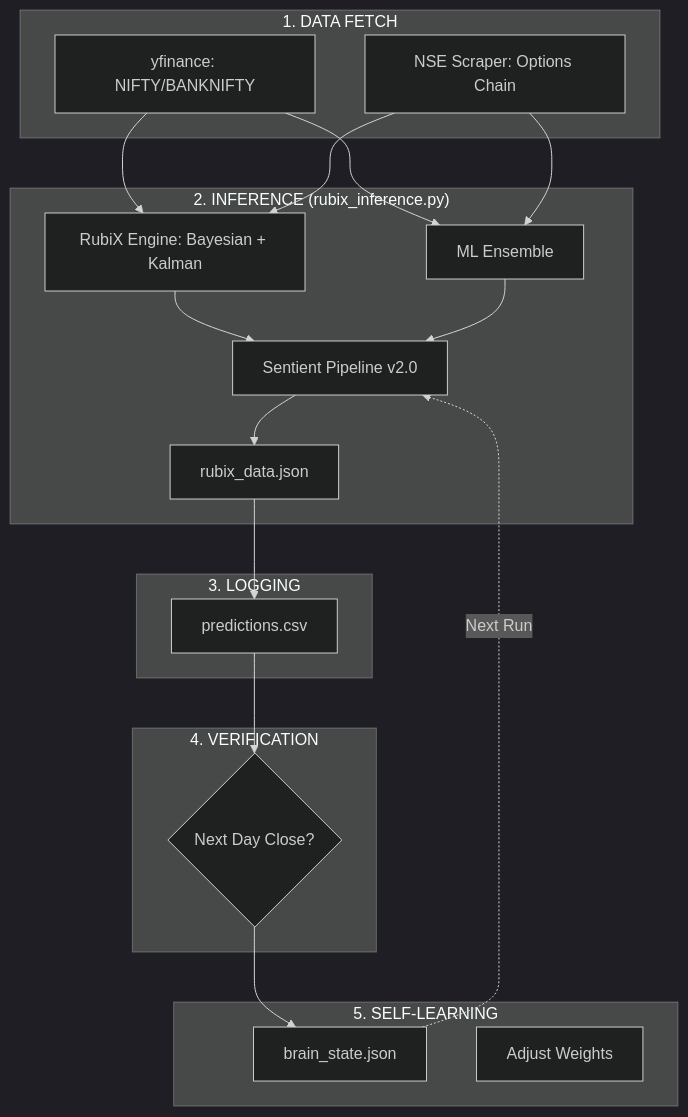
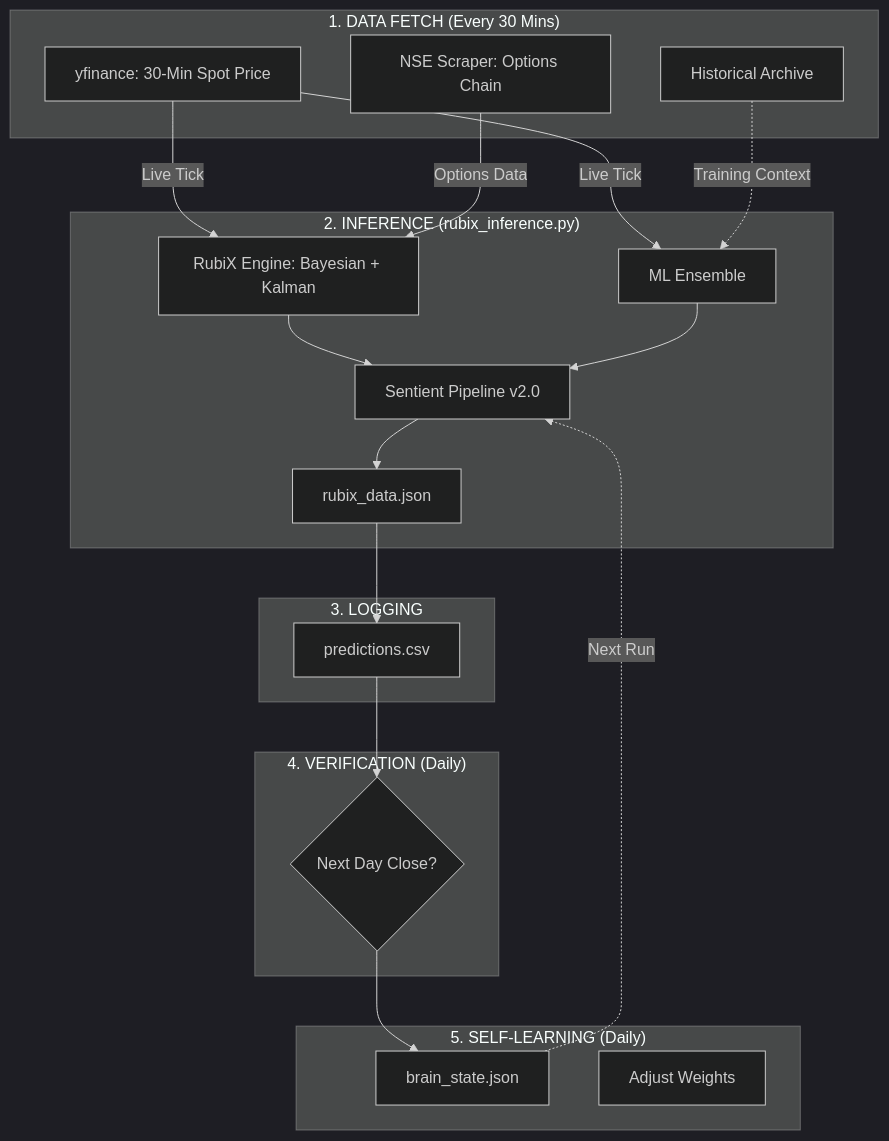
The second of 3 diagrams in README.md (pravindev666/Tradyx-Aleph), drawn with Mermaid (dark theme) before and after one commit. The commit also changed other lines of this file, not shown here.

````diff
--- a/README.md
+++ b/README.md
@@ -57,33 +59,36 @@
 ```mermaid
 graph TD
-    subgraph "1. DATA FETCH"
-        YF_Z[yfinance: NIFTY/BANKNIFTY]
+    subgraph "1. DATA FETCH (Every 30 Mins)"
+        YF_Z[yfinance: 30-Min Spot Price]
         NSE_Z[NSE Scraper: Options Chain]
+        HIST_Z[Historical Archive]
     end
 
     subgraph "2. INFERENCE (rubix_inference.py)"
         RUBIX_Z[RubiX Engine: Bayesian + Kalman]
         ML_Z[ML Ensemble]
         SENTIENT_Z[Sentient Pipeline v2.0]
         JSON_Z[rubix_data.json]
     end
 
     subgraph "3. LOGGING"
         CSV_Z[predictions.csv]
     end
 
-    subgraph "4. VERIFICATION"
+    subgraph "4. VERIFICATION (Daily)"
         VERIFY_Z{Next Day Close?}
     end
 
-    subgraph "5. SELF-LEARNING"
+    subgraph "5. SELF-LEARNING (Daily)"
         BRAIN_Z[brain_state.json]
         ADAPT_Z[Adjust Weights]
     end
 
-    YF_Z & NSE_Z --> RUBIX_Z & ML_Z
+    YF_Z -->|Live Tick| RUBIX_Z & ML_Z
+    NSE_Z -->|Options Data| RUBIX_Z
+    HIST_Z -.->|Training Context| ML_Z
     RUBIX_Z & ML_Z --> SENTIENT_Z --> JSON_Z
     JSON_Z --> CSV_Z --> VERIFY_Z
     VERIFY_Z --> BRAIN_Z
     BRAIN_Z -.->|Next Run| SENTIENT_Z
 ```
````
